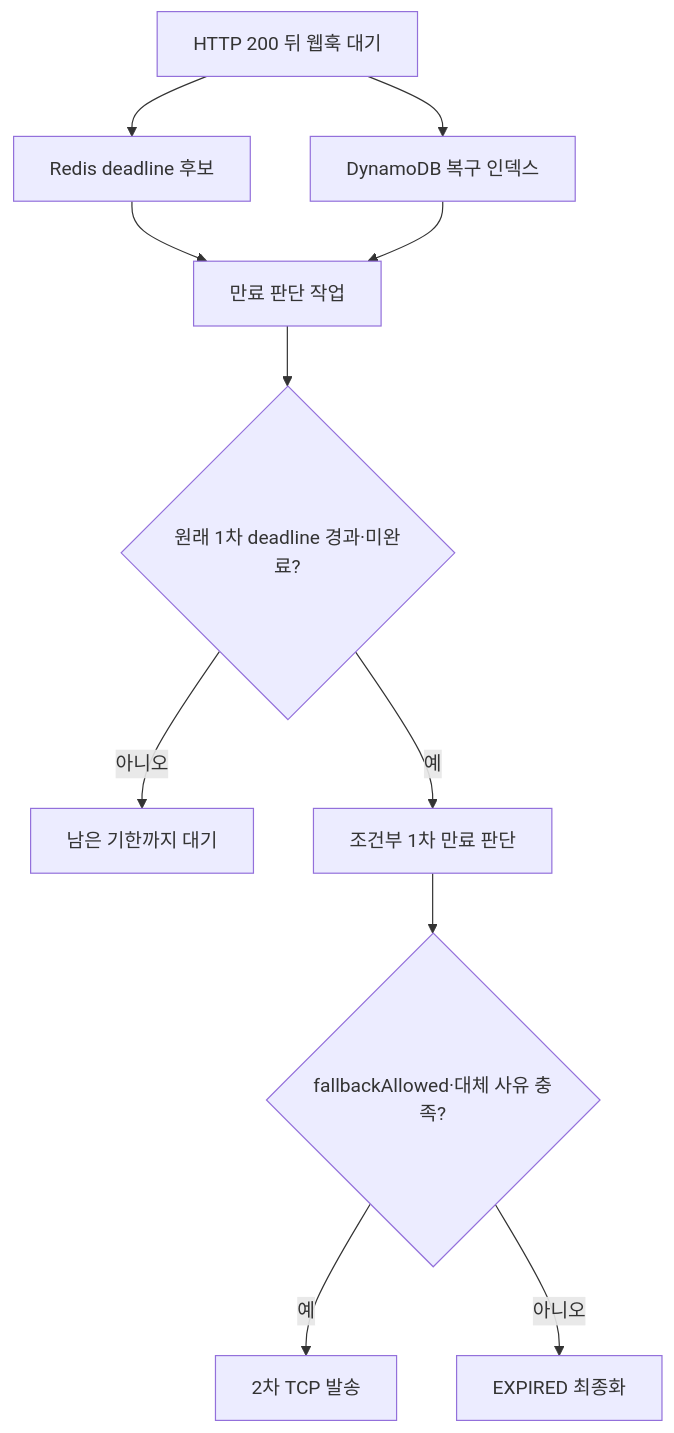
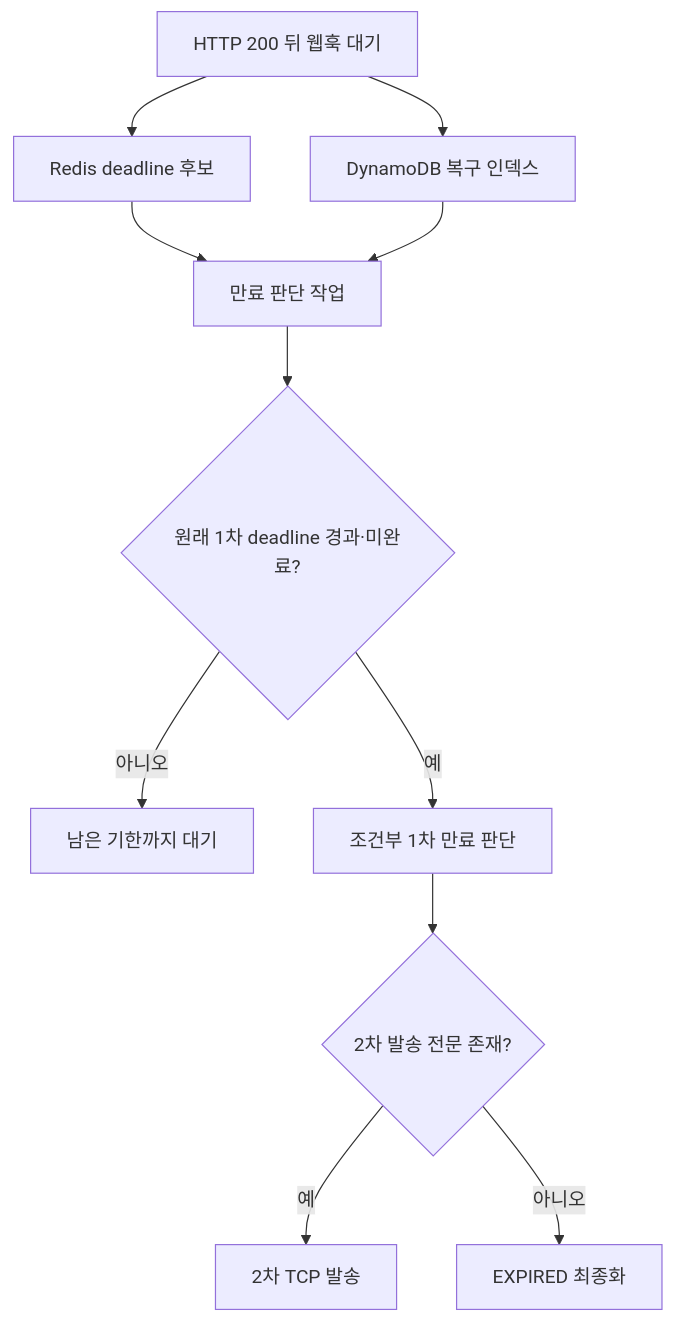
The eighth of 10 diagrams in docs/53-신규-메시지-케이스별-Call-Flow.md (hyun-seung/High-throughput-event-platform), drawn with Mermaid before and after one commit. The commit also changed other lines of this file and 21 other files, not shown here.

````diff
--- a/docs/53-신규-메시지-케이스별-Call-Flow.md
+++ b/docs/53-신규-메시지-케이스별-Call-Flow.md
@@ -302,13 +303,13 @@
 ```mermaid
 flowchart TD
     A[HTTP 200 뒤 웹훅 대기] --> R[Redis deadline 후보]
     A --> G[DynamoDB 복구 인덱스]
     R --> M[만료 판단 작업]
     G --> M
     M --> D{원래 1차 deadline 경과·미완료?}
     D -->|아니오| W[남은 기한까지 대기]
     D -->|예| C[조건부 1차 만료 판단]
-    C --> F{fallbackAllowed·대체 사유 충족?}
+    C --> F{2차 발송 전문 존재?}
     F -->|예| T[2차 TCP 발송]
     F -->|아니오| E[EXPIRED 최종화]
 ```
````
